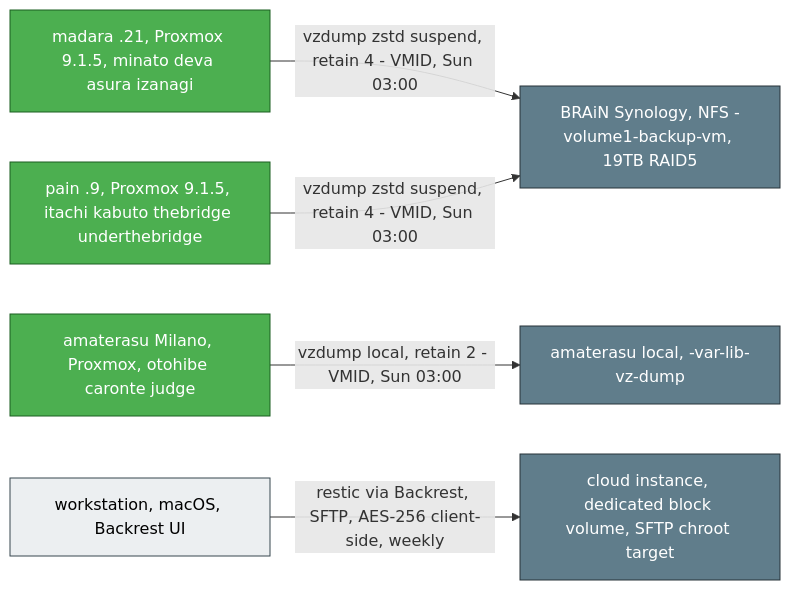
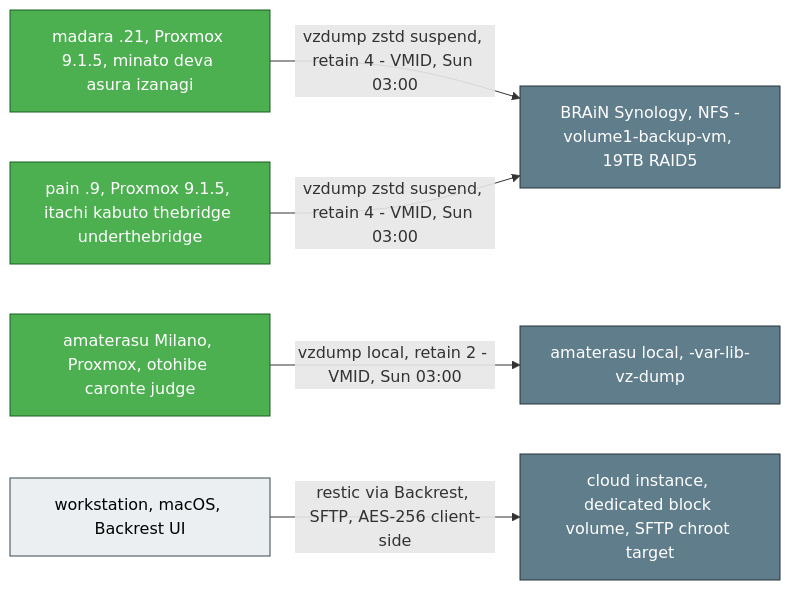
One commit to lorenzogirardi/website changed the fifth of 7 diagrams in content/infra-flow.md. Above: the diagram before and after it, drawn with Mermaid. The commit also changed other lines of this file, not shown here.

First line of the commit message:
infra-flow: align with infrastructure-settings repo

```diff
--- a/content/infra-flow.md
+++ b/content/infra-flow.md
@@ -345,22 +345,22 @@
 {{< mermaid >}}
 flowchart LR
     classDef ok fill:#4CAF50,stroke:#1B5E20,color:#fff
     classDef store fill:#607D8B,stroke:#263238,color:#fff
     classDef client fill:#ECEFF1,stroke:#37474F,color:#000
 
     MADARA[madara .21, Proxmox 9.1.5, minato deva asura izanagi]:::ok
     PAIN[pain .9, Proxmox 9.1.5, itachi kabuto thebridge underthebridge]:::ok
     AMATERASU[amaterasu Milano, Proxmox, otohibe caronte judge]:::ok
 
     BRAIN[BRAiN Synology, NFS -volume1-backup-vm, 19TB RAID5]:::store
     LOCAL[amaterasu local, -var-lib-vz-dump]:::store
 
     MADARA -->|vzdump zstd suspend, retain 4 - VMID, Sun 03:00| BRAIN
     PAIN -->|vzdump zstd suspend, retain 4 - VMID, Sun 03:00| BRAIN
     AMATERASU -->|vzdump local, retain 2 - VMID, Sun 03:00| LOCAL
 
     LAPTOP[workstation, macOS, Backrest UI]:::client
     ARCHIVE[cloud instance, dedicated block volume, SFTP chroot target]:::store
 
-    LAPTOP -->|restic via Backrest, SFTP, AES-256 client-side, weekly| ARCHIVE
+    LAPTOP -->|restic via Backrest, SFTP, AES-256 client-side| ARCHIVE
 {{< /mermaid >}}
```
